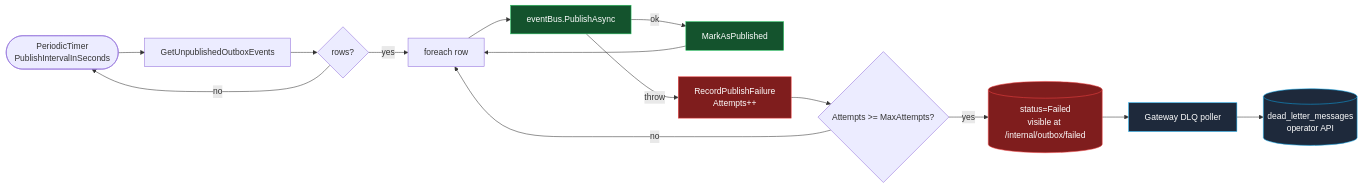
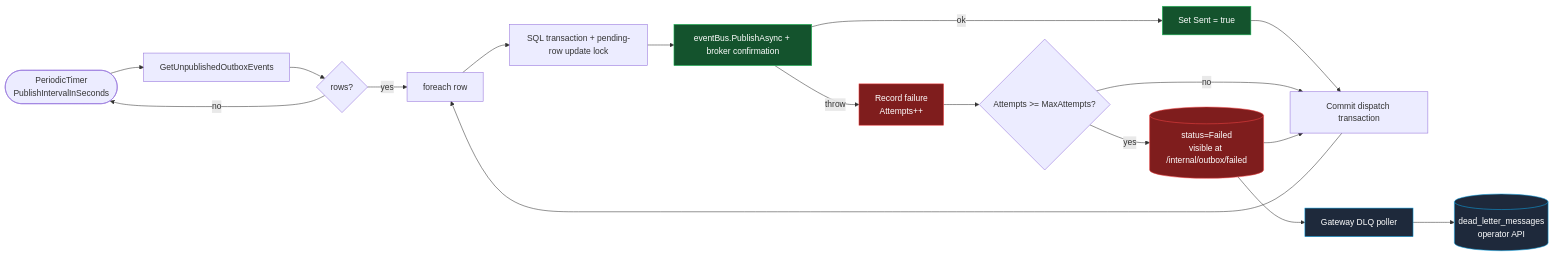
One commit to daonhan/Microservices-in-.NET changed the second of 3 diagrams in docs/wiki/Diagram-Outbox.md. Above: the diagram before and after it, drawn with Mermaid. The commit also changed other lines of this file and 25 other files, not shown here.

````diff
--- a/docs/wiki/Diagram-Outbox.md
+++ b/docs/wiki/Diagram-Outbox.md
@@ -24,23 +24,26 @@
 ```mermaid
 flowchart LR
     T([PeriodicTimer<br/>PublishIntervalInSeconds]) --> Q[GetUnpublishedOutboxEvents]
     Q --> L{rows?}
     L -- no --> T
     L -- yes --> F[foreach row]
-    F --> PUB[eventBus.PublishAsync]
-    PUB -->|ok| M[MarkAsPublished]
-    PUB -->|throw| E[RecordPublishFailure<br/>Attempts++]
-    M --> F
+    F --> LOCK[SQL transaction + pending-row update lock]
+    LOCK --> PUB[eventBus.PublishAsync + broker confirmation]
+    PUB -->|ok| M[Set Sent = true]
+    PUB -->|throw| E[Record failure<br/>Attempts++]
+    M --> COMMIT[Commit dispatch transaction]
+    COMMIT --> F
     E --> CHK{Attempts >= MaxAttempts?}
-    CHK -- no --> F
+    CHK -- no --> COMMIT
     CHK -- yes --> DEAD[(status=Failed<br/>visible at /internal/outbox/failed)]
+    DEAD --> COMMIT
     DEAD --> POLL[Gateway DLQ poller]
     POLL --> OPS[(dead_letter_messages<br/>operator API)]
 
     classDef ok fill:#14532d,stroke:#22c55e,color:#fff
     classDef bad fill:#7f1d1d,stroke:#ef4444,color:#fff
     classDef ext fill:#1e293b,stroke:#0ea5e9,color:#fff
     class M,PUB ok
     class E,DEAD bad
     class POLL,OPS ext
 ```
````
